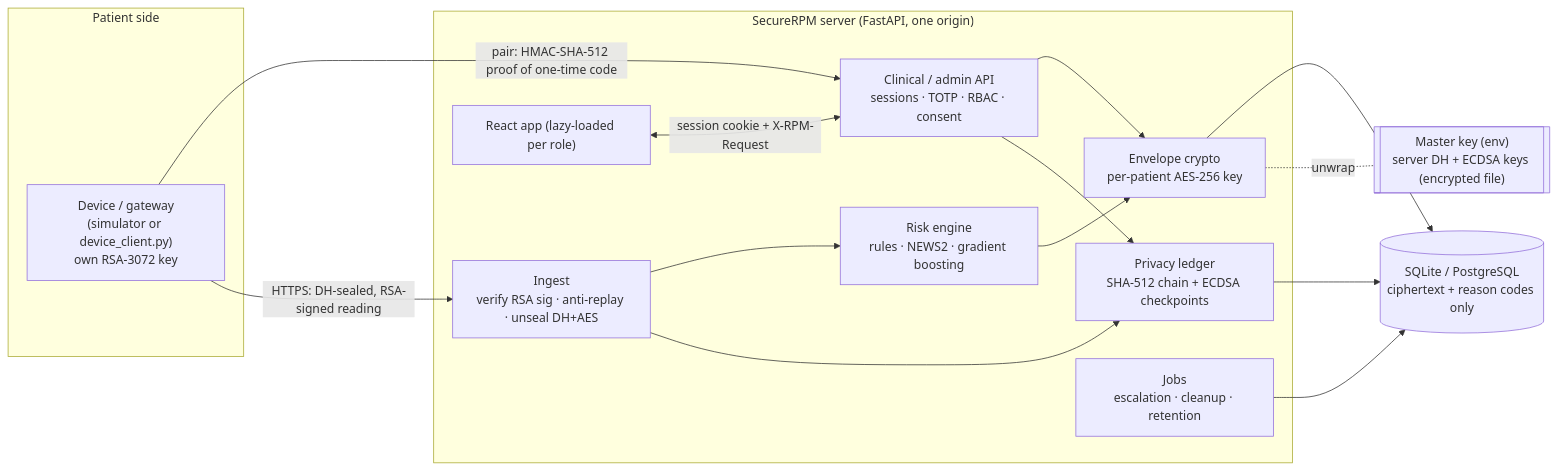
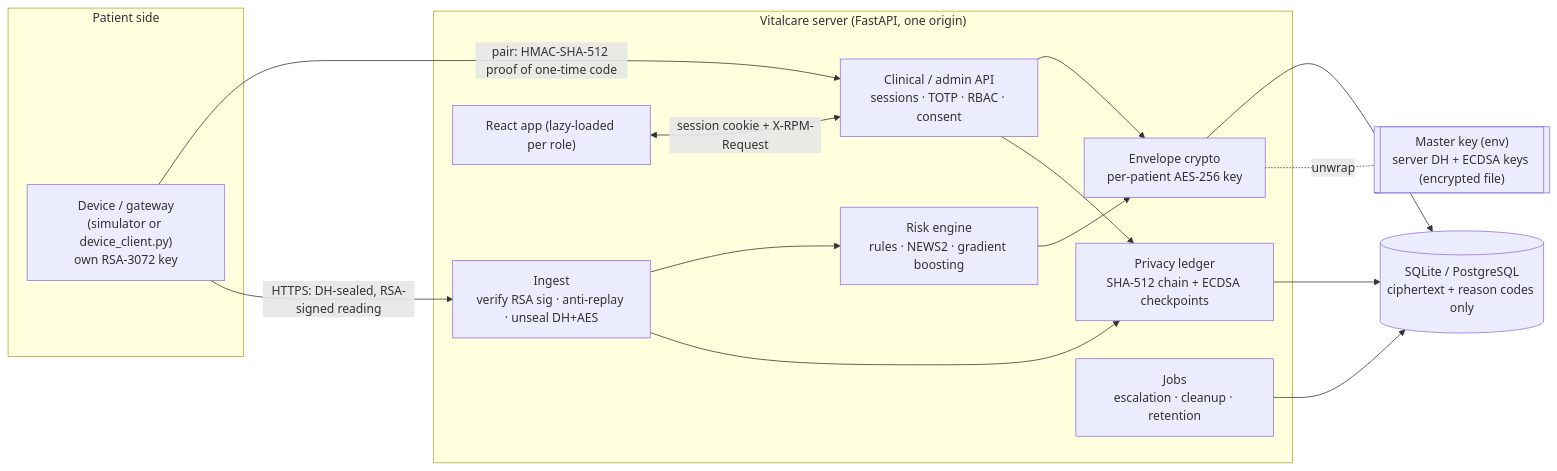
The first of 2 diagrams in docs/architecture.md (Jaykvankar/Vitalcare), drawn with Mermaid before and after one commit. The commit also changed 50 other files, not shown here.

First line of the commit message:
Rename to Vitalcare, add eICU data, one-command demo and guided device connection

````diff
--- a/docs/architecture.md
+++ b/docs/architecture.md
@@ -5,27 +5,27 @@
 ```mermaid
 flowchart LR
   subgraph Edge["Patient side"]
     dev["Device / gateway<br/>(simulator or device_client.py)<br/>own RSA-3072 key"]
   end
-  subgraph Server["SecureRPM server (FastAPI, one origin)"]
+  subgraph Server["Vitalcare server (FastAPI, one origin)"]
     ingest["Ingest<br/>verify RSA sig · anti-replay · unseal DH+AES"]
     ml["Risk engine<br/>rules · NEWS2 · gradient boosting"]
     env["Envelope crypto<br/>per-patient AES-256 key"]
     api["Clinical / admin API<br/>sessions · TOTP · RBAC · consent"]
     ledger["Privacy ledger<br/>SHA-512 chain + ECDSA checkpoints"]
     jobs["Jobs<br/>escalation · cleanup · retention"]
     web["React app (lazy-loaded per role)"]
   end
   db[("SQLite / PostgreSQL<br/>ciphertext + reason codes only")]
   keys[["Master key (env)<br/>server DH + ECDSA keys (encrypted file)"]]
 
   dev -- "pair: HMAC-SHA-512 proof of one-time code" --> api
   dev -- "HTTPS: DH-sealed, RSA-signed reading" --> ingest
   ingest --> ml --> env --> db
   ingest --> ledger
   api --> env
   api --> ledger --> db
   jobs --> db
   web <-- "session cookie + X-RPM-Request" --> api
   env -. unwrap .- keys
 ```
````
